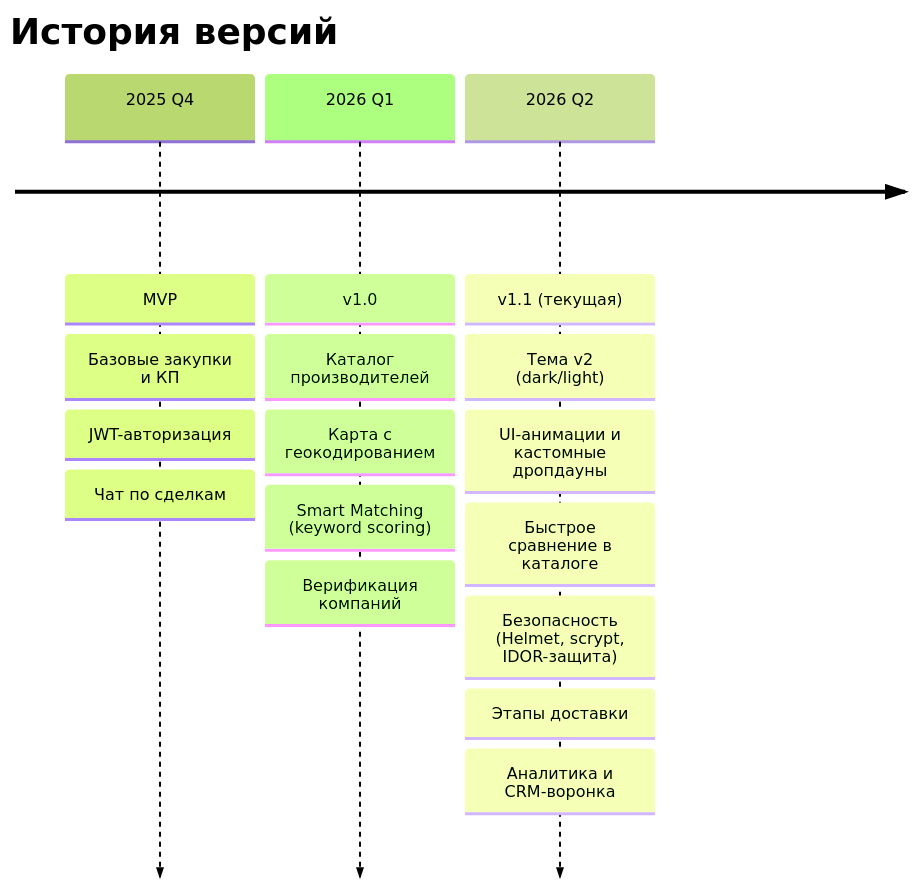
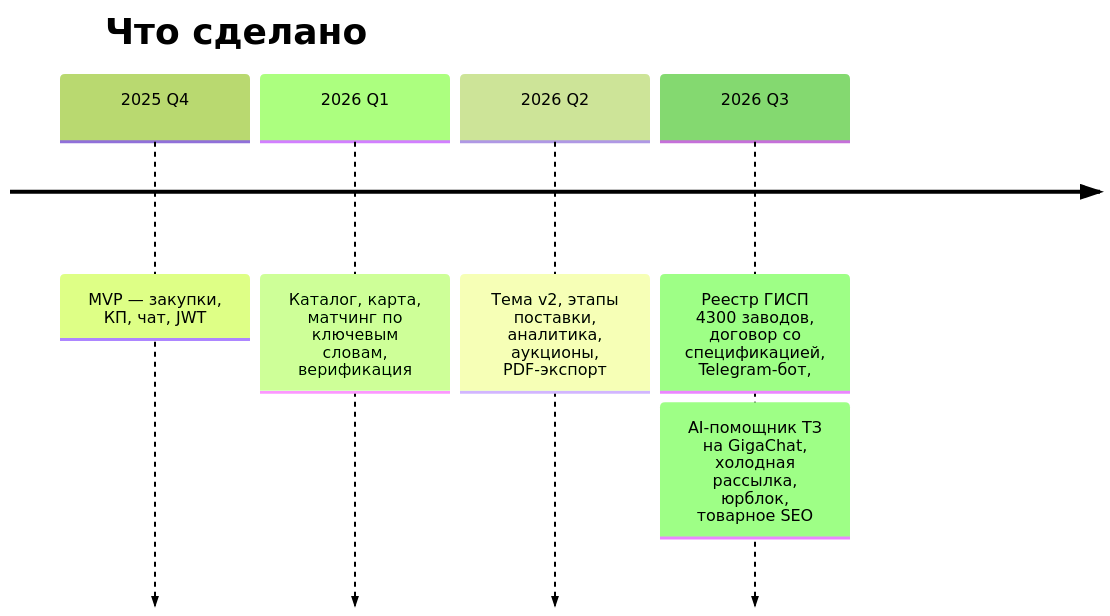
The diagram in docs/roadmap.md (Nolan6663/b2bneft), drawn with Mermaid (forest theme) before and after one commit. The commit also changed other lines of this file, not shown here.

First line of the commit message:
docs: rewrite the roadmap to match reality

````diff
--- a/docs/roadmap.md
+++ b/docs/roadmap.md
@@ -5,20 +22,9 @@
 ```mermaid
 timeline
-    title История версий
-    2025 Q4 : MVP
-             : Базовые закупки и КП
-             : JWT-авторизация
-             : Чат по сделкам
-    2026 Q1 : v1.0
-             : Каталог производителей
-             : Карта с геокодированием
-             : Smart Matching (keyword scoring)
-             : Верификация компаний
-    2026 Q2 : v1.1 (текущая)
-             : Тема v2 (dark/light)
-             : UI-анимации и кастомные дропдауны
-             : Быстрое сравнение в каталоге
-             : Безопасность (Helmet, scrypt, IDOR-защита)
-             : Этапы доставки
-             : Аналитика и CRM-воронка
+    title Что сделано
+    2025 Q4 : MVP — закупки, КП, чат, JWT
+    2026 Q1 : Каталог, карта, матчинг по ключевым словам, верификация
+    2026 Q2 : Тема v2, этапы поставки, аналитика, аукционы, PDF-экспорт
+    2026 Q3 : Реестр ГИСП 4300 заводов, договор со спецификацией, Telegram-бот,
+            : AI-помощник ТЗ на GigaChat, холодная рассылка, юрблок, товарное SEO
 ```
````
